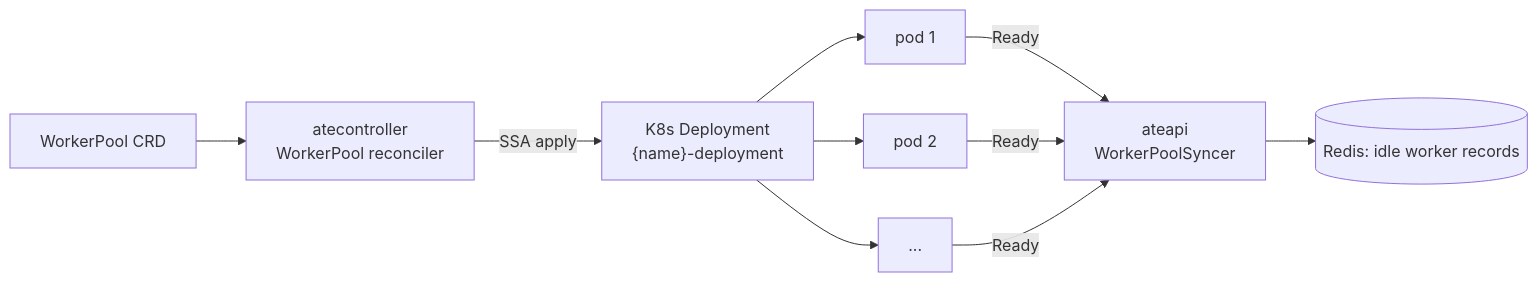
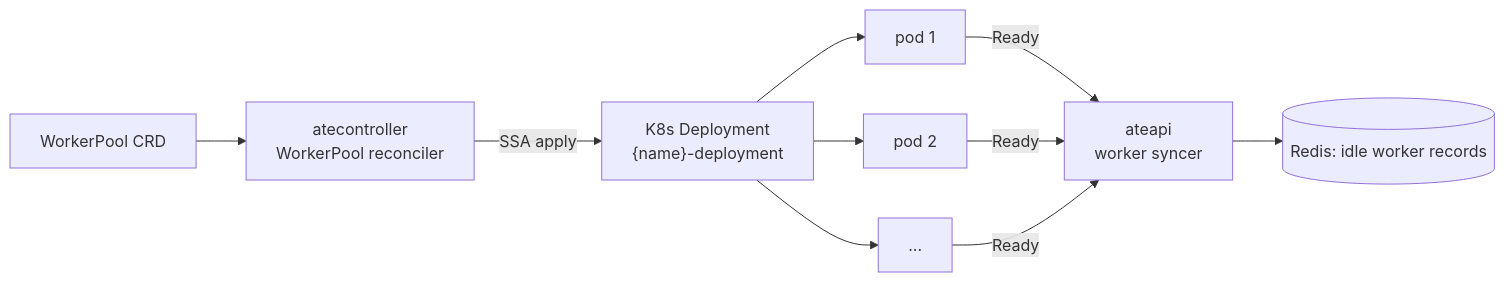
The diagram in atlas/src/content/docs/concepts/workerpool.mdx (christian-posta/substrate), drawn with Mermaid before and after one commit. The commit also changed other lines of this file and 28 other files, not shown here.

````diff
--- a/atlas/src/content/docs/concepts/workerpool.mdx
+++ b/atlas/src/content/docs/concepts/workerpool.mdx
@@ -90,12 +124,15 @@
 ```mermaid
 flowchart LR
   WP[WorkerPool CRD] --> CTR[atecontroller<br/>WorkerPool reconciler]
   CTR -- SSA apply --> D["K8s Deployment<br/>{name}-deployment"]
   D --> P1[pod 1]
   D --> P2[pod 2]
   D --> PN[...]
-  P1 -- Ready --> S[ateapi<br/>WorkerPoolSyncer]
+  P1 -- Ready --> S[ateapi<br/>worker syncer]
   P2 -- Ready --> S
   PN -- Ready --> S
   S --> R[(Redis: idle worker records)]
+
+  click CTR "/components/atecontroller/" "atecontroller"
+  click S "/components/ateapi/" "ateapi"
 ```
````
